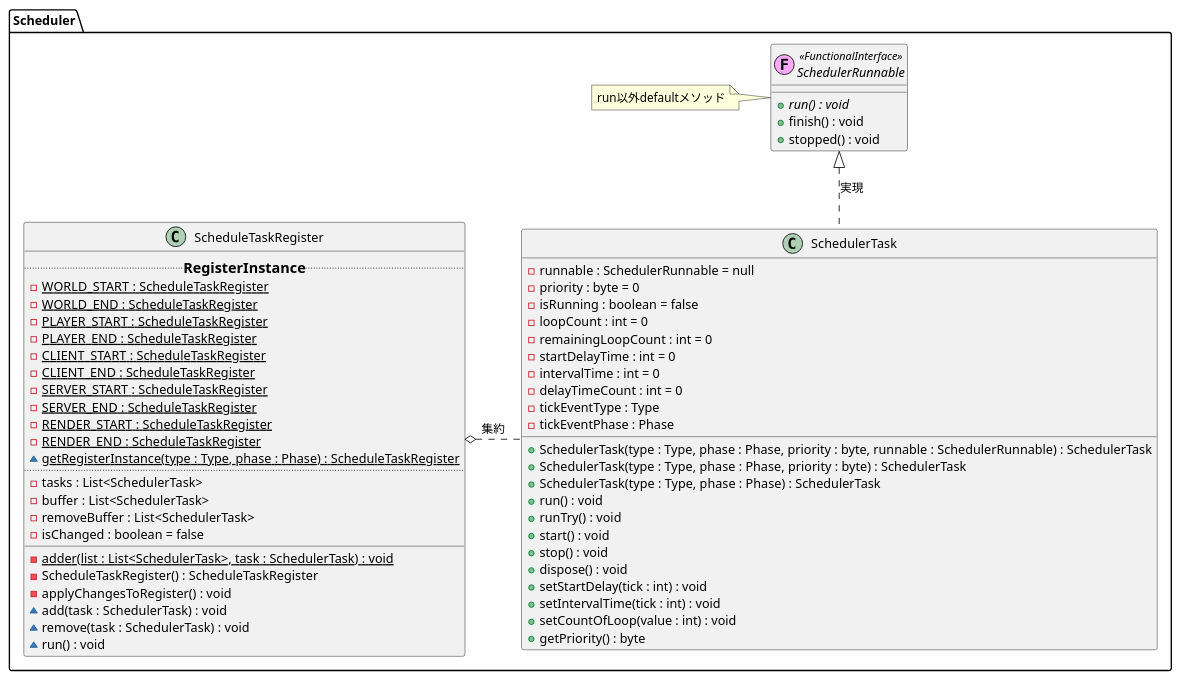
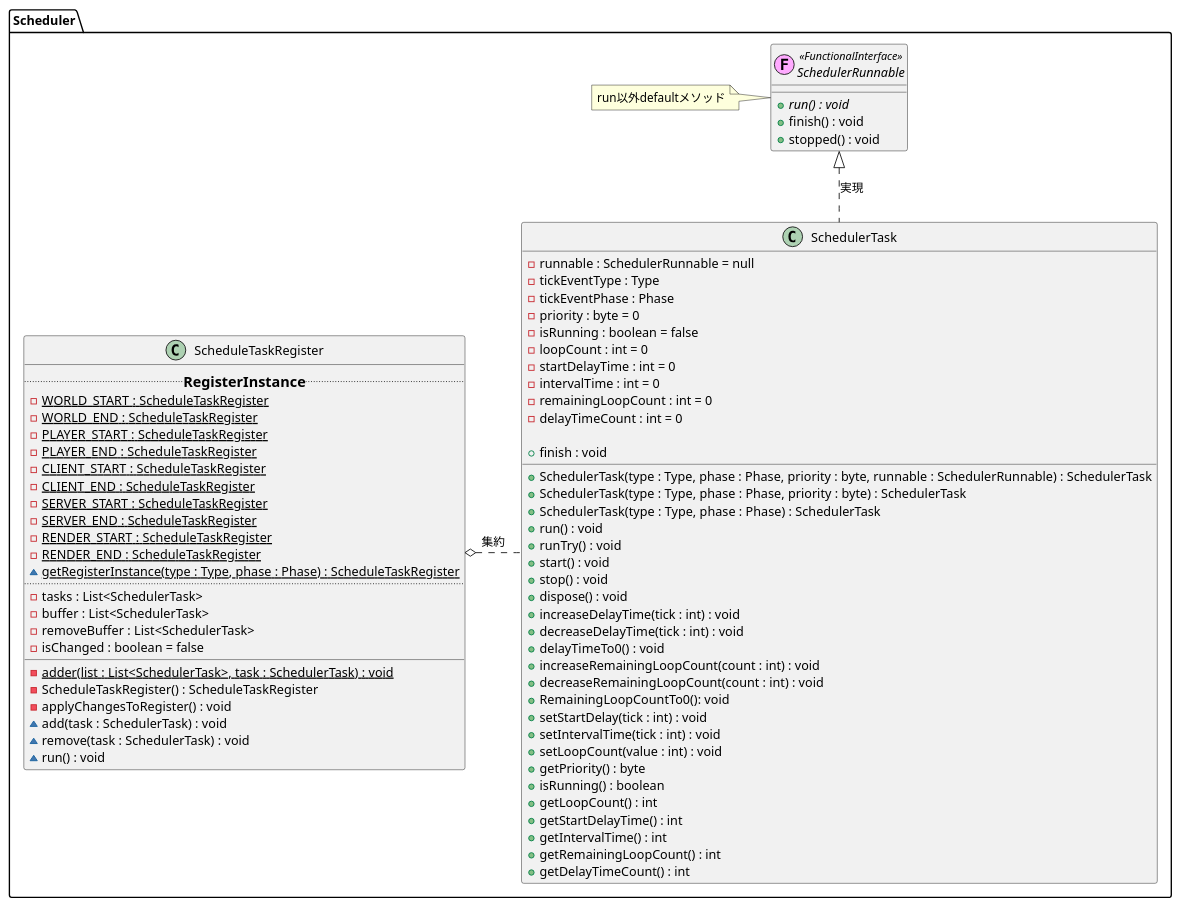
The diagram in src/main/java/com/Raiti/SomeEatingItems/Scheduler/Scheduler-ClassDiagram.puml (raiti-chan/SomeEatingItems), drawn with PlantUML before and after one commit. The commit also changed 2 other files, not shown here.

```diff
--- a/src/main/java/com/Raiti/SomeEatingItems/Scheduler/Scheduler-ClassDiagram.puml
+++ b/src/main/java/com/Raiti/SomeEatingItems/Scheduler/Scheduler-ClassDiagram.puml
@@ -1,71 +1,85 @@
 @startuml {Scheduler-ClassDiagram.png}
 
 package Scheduler {
 	interface SchedulerRunnable <<(F,#FFAAFF)FunctionalInterface>>{
 		{abstract} + run() : void
 		+ finish() : void
 		+ stopped() : void
 	}
 	note left
     	run以外defaultメソッド
     end note
 
 
 	"SchedulerRunnable" <|.down. "SchedulerTask":実現
 
 	class SchedulerTask {
 		- runnable : SchedulerRunnable = null
+		- tickEventType : Type
+		- tickEventPhase : Phase
 		- priority : byte = 0
 		- isRunning : boolean = false
 		- loopCount : int = 0
-		- remainingLoopCount : int = 0
 		- startDelayTime : int = 0
 		- intervalTime : int = 0
+		- remainingLoopCount : int = 0
 		- delayTimeCount : int = 0
-		- tickEventType : Type
-		- tickEventPhase : Phase
 
 		+ SchedulerTask(type : Type, phase : Phase, priority : byte, runnable : SchedulerRunnable) : SchedulerTask
 		+ SchedulerTask(type : Type, phase : Phase, priority : byte) : SchedulerTask
 		+ SchedulerTask(type : Type, phase : Phase) : SchedulerTask
 		+ run() : void
+		+ finish : void
 		+ runTry() : void
 		+ start() : void
 		+ stop() : void
 		+ dispose() : void
+		+ increaseDelayTime(tick : int) : void
+		+ decreaseDelayTime(tick : int) : void
+		+ delayTimeTo0() : void
+		+ increaseRemainingLoopCount(count : int) : void
+		+ decreaseRemainingLoopCount(count : int) : void
+		+ RemainingLoopCountTo0(): void
 		+ setStartDelay(tick : int) : void
 		+ setIntervalTime(tick : int) : void
-		+ setCountOfLoop(value : int) : void
+		+ setLoopCount(value : int) : void
 		+ getPriority() : byte
+		+ isRunning() : boolean
+		+ getLoopCount() : int
+		+ getStartDelayTime() : int
+		+ getIntervalTime() : int
+		+ getRemainingLoopCount() : int
+		+ getDelayTimeCount() : int
+
 	}
 
 	class ScheduleTaskRegister {
 		..==RegisterInstance..
 		{static} - WORLD_START : ScheduleTaskRegister
 		{static} - WORLD_END : ScheduleTaskRegister
 		{static} - PLAYER_START : ScheduleTaskRegister
 		{static} - PLAYER_END : ScheduleTaskRegister
 		{static} - CLIENT_START : ScheduleTaskRegister
 		{static} - CLIENT_END : ScheduleTaskRegister
 		{static} - SERVER_START : ScheduleTaskRegister
 		{static} - SERVER_END : ScheduleTaskRegister
 		{static} - RENDER_START : ScheduleTaskRegister
 		{static} - RENDER_END : ScheduleTaskRegister
 		{static} ~ getRegisterInstance(type : Type, phase : Phase) : ScheduleTaskRegister
 		..
 		- tasks : List<SchedulerTask>
 		- buffer : List<SchedulerTask>
 		- removeBuffer : List<SchedulerTask>
 		- isChanged : boolean = false
 		__
 		{static} - adder(list : List<SchedulerTask>, task : SchedulerTask) : void
 		- ScheduleTaskRegister() : ScheduleTaskRegister
 		- applyChangesToRegister() : void
 		~ add(task : SchedulerTask) : void
 		~ remove(task : SchedulerTask) : void
 		~ run() : void
 	}
 
 	"ScheduleTaskRegister" o.r. "SchedulerTask" : 集約
 }
 @enduml
```
